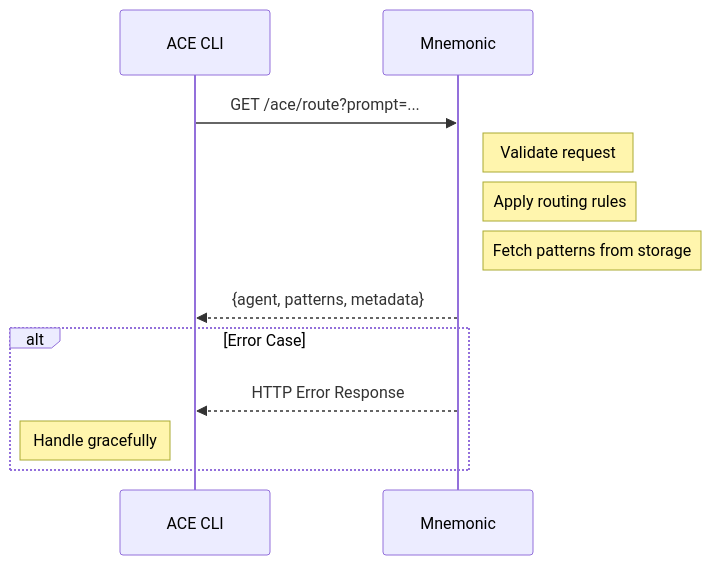
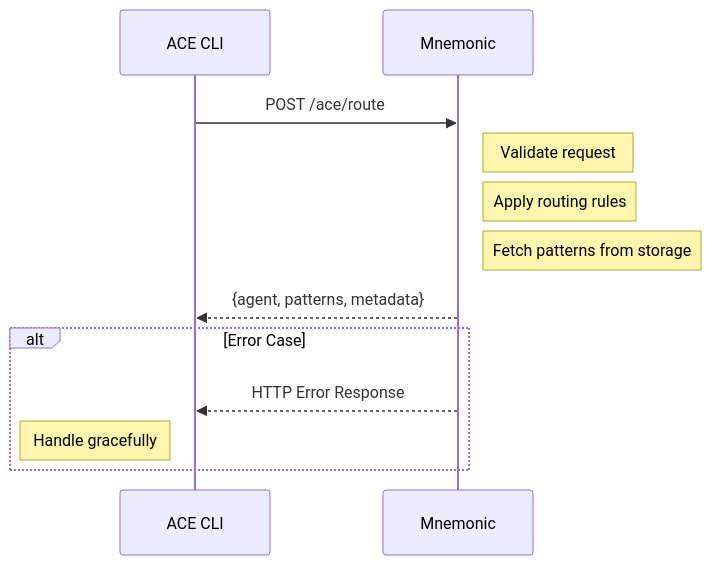
One commit to twistingmercury/mnemonic-mcp changed the second of 8 diagrams in docs/architecture/04-communication-patterns.md. Above: the diagram before and after it, drawn with Mermaid. The commit also changed other lines of this file and 10 other files, not shown here.

````diff
--- a/docs/architecture/04-communication-patterns.md
+++ b/docs/architecture/04-communication-patterns.md
@@ -50,16 +50,16 @@
 ```mermaid
 sequenceDiagram
     participant CLI as ACE CLI
     participant MN as Mnemonic
 
-    CLI->>MN: GET /ace/route?prompt=...
+    CLI->>MN: POST /ace/route
     Note right of MN: Validate request
     Note right of MN: Apply routing rules
     Note right of MN: Fetch patterns from storage
     MN-->>CLI: {agent, patterns, metadata}
 
     alt Error Case
         MN-->>CLI: HTTP Error Response
         Note left of CLI: Handle gracefully
     end
 ```
````
